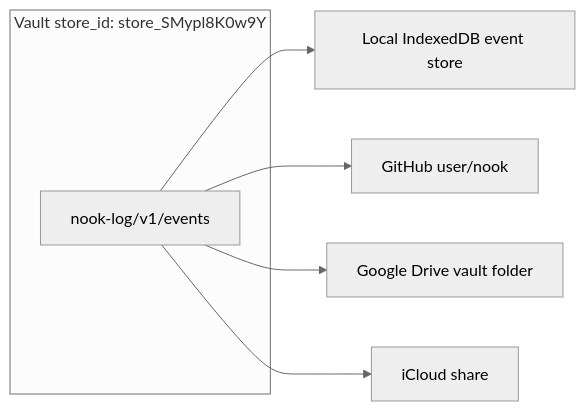
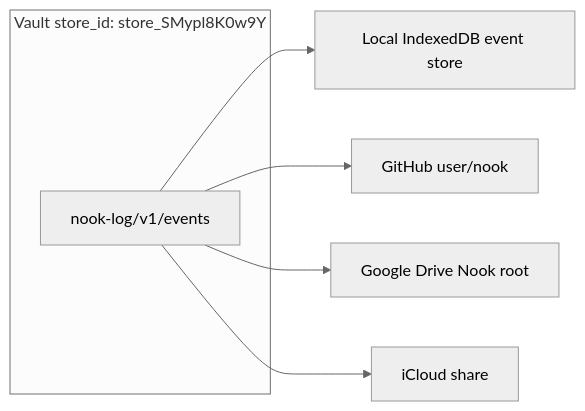
Before and after one commit to meta-secret/nook: the diagram in nook-app/nook-platform/nook-core/.cortex/docs/architecture/secret-store-identity.md, drawn with Mermaid (neutral theme). The commit also changed 100 other files, not shown here.

Commit message:
Google Drive: drive.file sign-in, one Nook root with a vault list, blade-style setup UI (#1799)

````diff
--- a/nook-app/nook-platform/nook-core/.cortex/docs/architecture/secret-store-identity.md
+++ b/nook-app/nook-platform/nook-core/.cortex/docs/architecture/secret-store-identity.md
@@ -90,10 +90,10 @@
 ```mermaid
 flowchart LR
   subgraph store["Vault store_id: store_SMypl8K0w9Y"]
     E[nook-log/v1/events]
   end
   E --> L[Local IndexedDB event store]
   E --> G[GitHub user/nook]
-  E --> D[Google Drive vault folder]
+  E --> D[Google Drive Nook root]
   E --> S[iCloud share]
 ```
````
